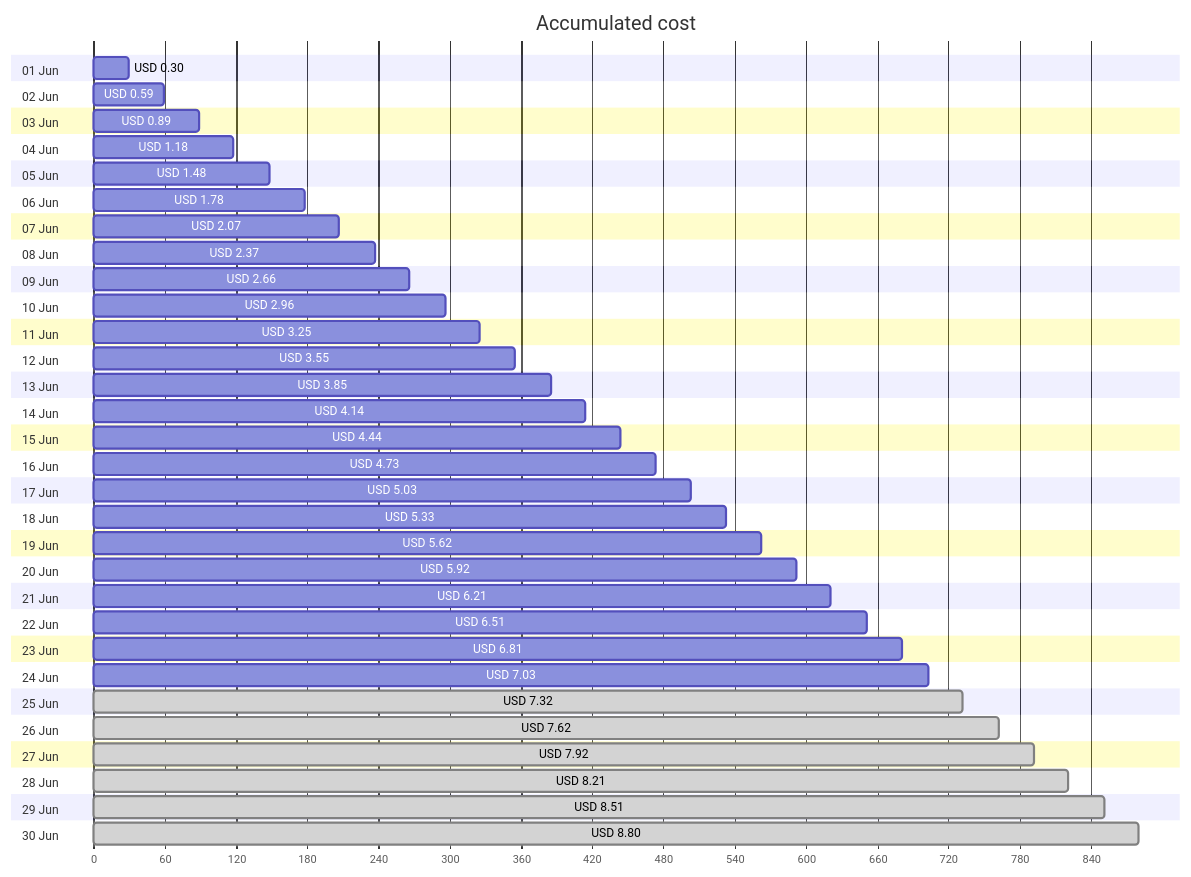
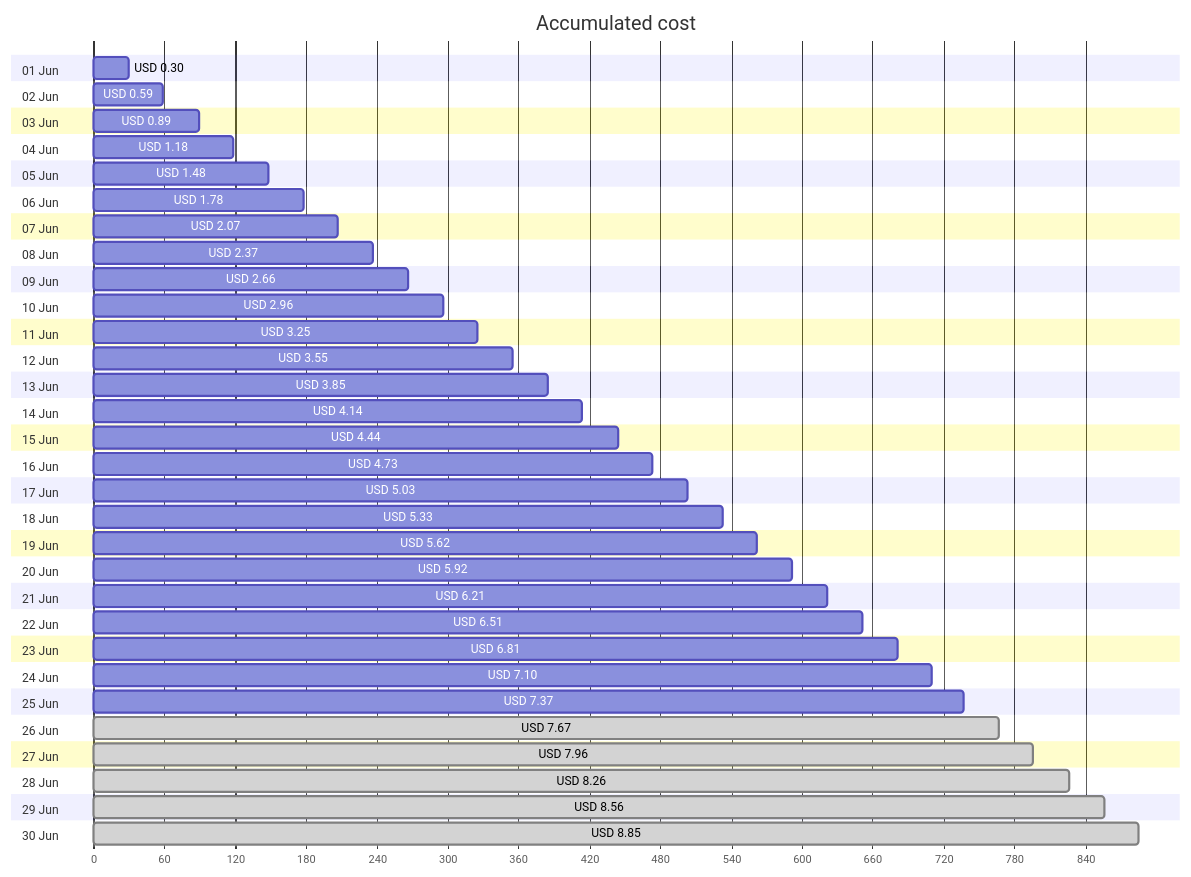
One commit to jpfulton/azure-personal-reports changed the first of 4 diagrams in cost-reports/personal-site/personal-site-preview.md. Above: the diagram before and after it, drawn with Mermaid. The commit also changed other lines of this file and 6 other files, not shown here.

````diff
--- a/cost-reports/personal-site/personal-site-preview.md
+++ b/cost-reports/personal-site/personal-site-preview.md
@@ -20,66 +20,66 @@
 ```mermaid
 gantt
    title Accumulated cost
    dateFormat  X
    axisFormat %s
    section 01 Jun
    USD 0.30 :0, 30
    section 02 Jun
    USD 0.59 :0, 59
    section 03 Jun
    USD 0.89 :0, 89
    section 04 Jun
    USD 1.18 :0, 118
    section 05 Jun
    USD 1.48 :0, 148
    section 06 Jun
    USD 1.78 :0, 178
    section 07 Jun
    USD 2.07 :0, 207
    section 08 Jun
    USD 2.37 :0, 237
    section 09 Jun
    USD 2.66 :0, 266
    section 10 Jun
    USD 2.96 :0, 296
    section 11 Jun
    USD 3.25 :0, 325
    section 12 Jun
    USD 3.55 :0, 355
    section 13 Jun
    USD 3.85 :0, 385
    section 14 Jun
    USD 4.14 :0, 414
    section 15 Jun
    USD 4.44 :0, 444
    section 16 Jun
    USD 4.73 :0, 473
    section 17 Jun
    USD 5.03 :0, 503
    section 18 Jun
    USD 5.33 :0, 533
    section 19 Jun
    USD 5.62 :0, 562
    section 20 Jun
    USD 5.92 :0, 592
    section 21 Jun
    USD 6.21 :0, 621
    section 22 Jun
    USD 6.51 :0, 651
    section 23 Jun
    USD 6.81 :0, 681
    section 24 Jun
-   USD 7.03 :0, 703
+   USD 7.10 :0, 710
    section 25 Jun
-   USD 7.32 : done, 0, 732
+   USD 7.37 :0, 737
    section 26 Jun
-   USD 7.62 : done, 0, 762
+   USD 7.67 : done, 0, 767
    section 27 Jun
-   USD 7.92 : done, 0, 792
+   USD 7.96 : done, 0, 796
    section 28 Jun
-   USD 8.21 : done, 0, 821
+   USD 8.26 : done, 0, 826
    section 29 Jun
-   USD 8.51 : done, 0, 851
+   USD 8.56 : done, 0, 856
    section 30 Jun
-   USD 8.80 : done, 0, 880
+   USD 8.85 : done, 0, 885
 ```
````
